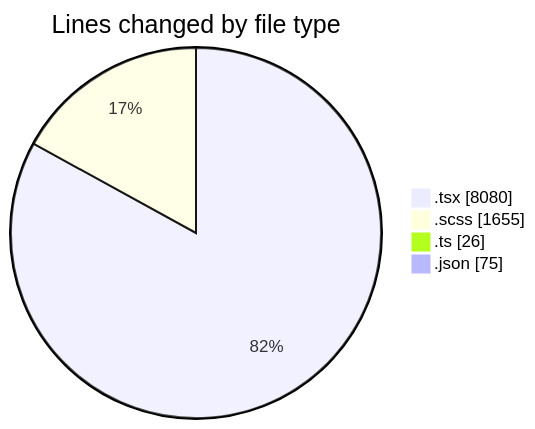
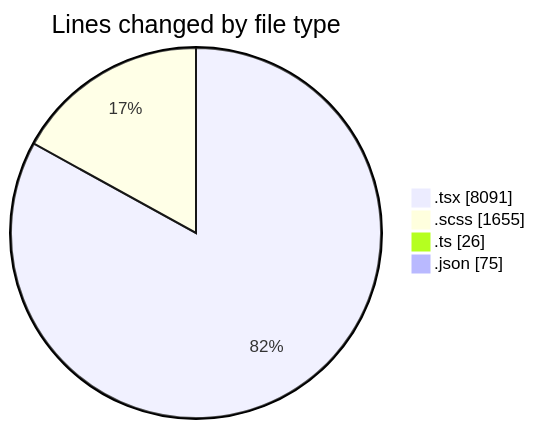
The first of 2 diagrams in 2025-04-09/cda/README.md (momahboobian/code-tracking), drawn with Mermaid before and after one commit. The commit also changed other lines of this file and 1 other file, not shown here.

````diff
--- a/2025-04-09/cda/README.md
+++ b/2025-04-09/cda/README.md
@@ -47,8 +47,8 @@
 ```mermaid
 pie showData
 title Lines changed by file type
-".tsx" : 8080
+".tsx" : 8091
 ".scss" : 1655
 ".ts" : 26
 ".json" : 75
 ```
````
